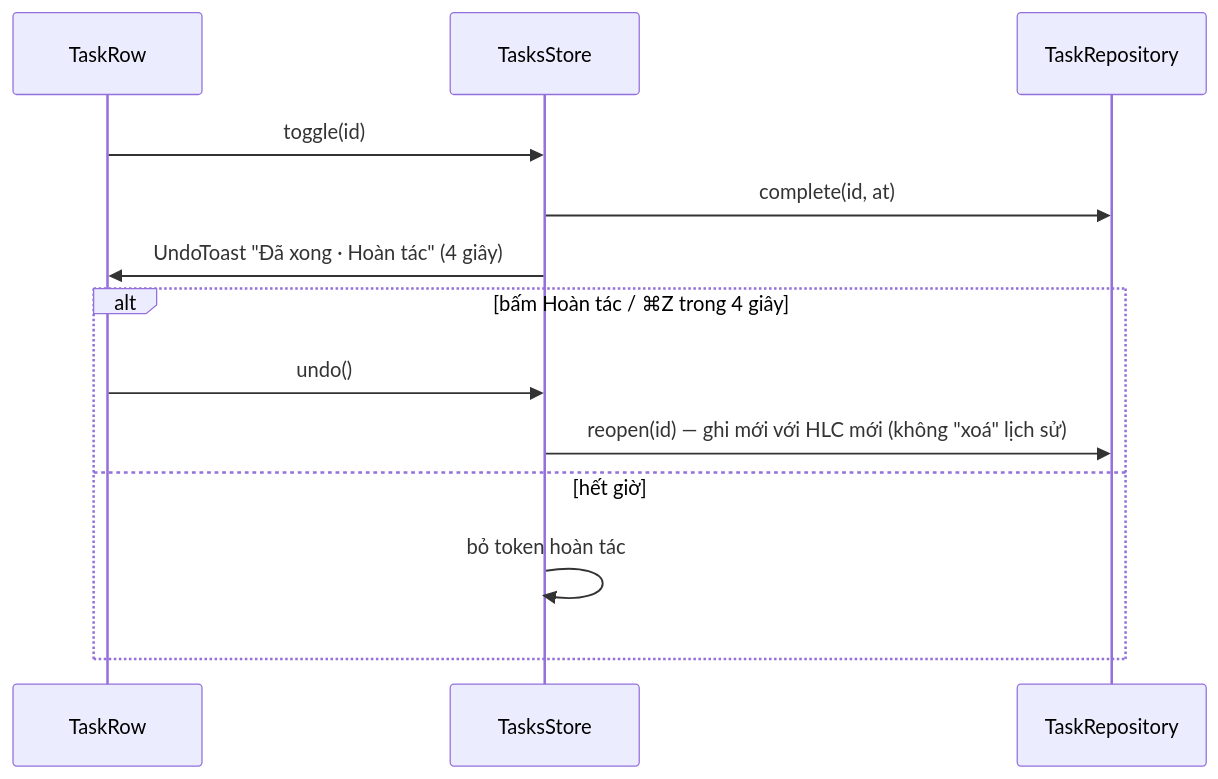
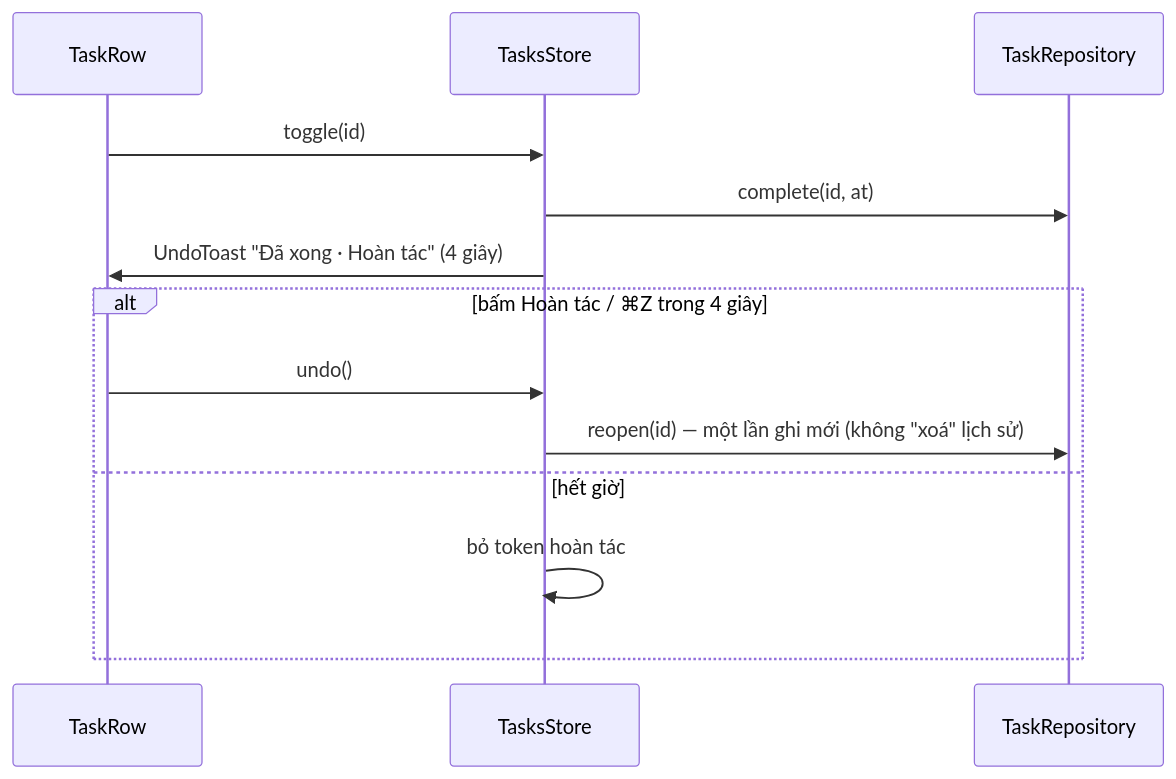
Before and after one commit to duong6003/Life-OS: the eighth of 9 diagrams in docs/architecture/system-design.md, drawn with Mermaid. The commit also changed other lines of this file and 71 other files, not shown here.

````diff
--- a/docs/architecture/system-design.md
+++ b/docs/architecture/system-design.md
@@ -219,15 +195,15 @@
 ```mermaid
 sequenceDiagram
   participant V as TaskRow
   participant S as TasksStore
   participant R as TaskRepository
   V->>S: toggle(id)
   S->>R: complete(id, at)
   S->>V: UndoToast "Đã xong · Hoàn tác" (4 giây)
   alt bấm Hoàn tác / ⌘Z trong 4 giây
     V->>S: undo()
-    S->>R: reopen(id) — ghi mới với HLC mới (không "xoá" lịch sử)
+    S->>R: reopen(id) — một lần ghi mới (không "xoá" lịch sử)
   else hết giờ
     S->>S: bỏ token hoàn tác
   end
 ```
````
